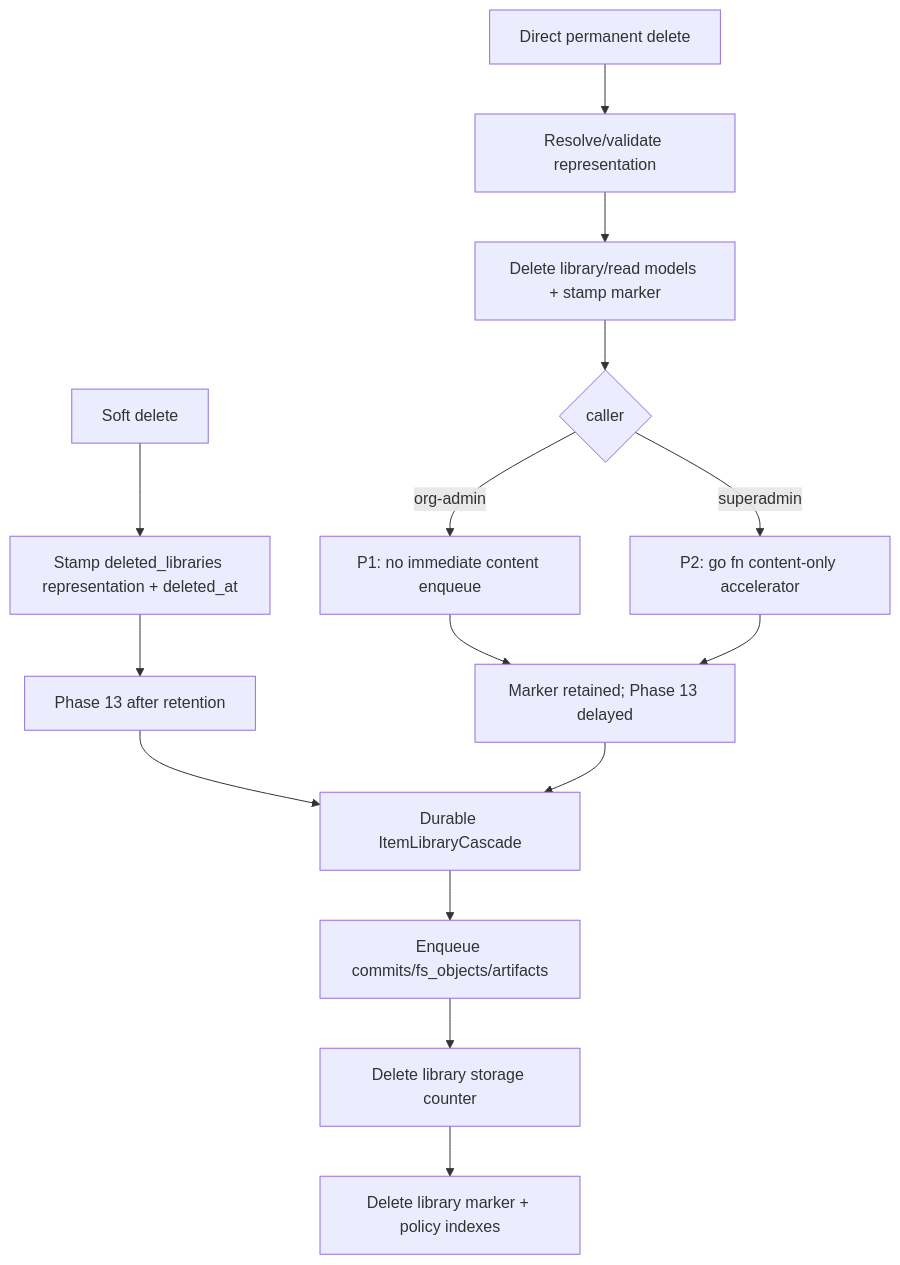
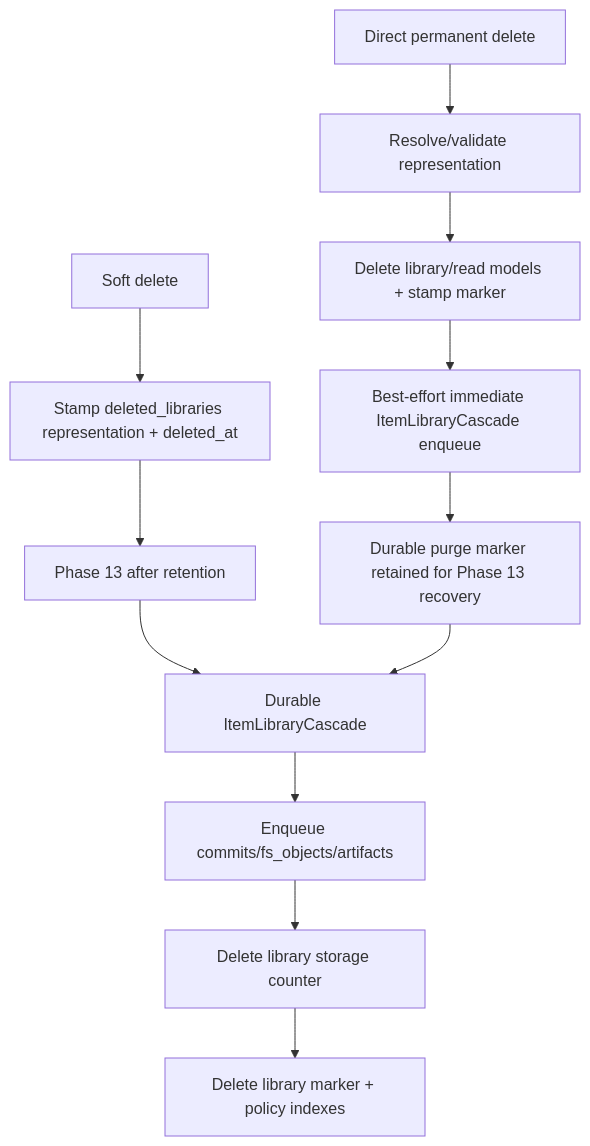
The fourth of 5 diagrams in docs/diagrams/gc-flow.md (Sesame-Disk/cool-storage-api), drawn with Mermaid before and after one commit. The commit also changed other lines of this file and 37 other files, not shown here.

````diff
--- a/docs/diagrams/gc-flow.md
+++ b/docs/diagrams/gc-flow.md
@@ -83,19 +88,16 @@
 ```mermaid
 flowchart TD
     Soft[Soft delete] --> Marker[Stamp deleted_libraries representation + deleted_at]
     Marker --> Retention[Phase 13 after retention]
     Retention --> LibCascade[Durable ItemLibraryCascade]
 
     Permanent[Direct permanent delete] --> Resolve[Resolve/validate representation]
     Resolve --> HardRows[Delete library/read models + stamp marker]
-    HardRows --> Route{caller}
-    Route -->|org-admin| NoImmediate[P1: no immediate content enqueue]
-    Route -->|superadmin| Async[P2: go fn content-only accelerator]
-    NoImmediate --> MarkerRescue[Marker retained; Phase 13 delayed]
-    Async --> MarkerRescue
+    HardRows --> Immediate[Best-effort immediate ItemLibraryCascade enqueue]
+    Immediate --> MarkerRescue[Durable purge marker retained for Phase 13 recovery]
     MarkerRescue --> LibCascade
 
     LibCascade --> Enumerate[Enqueue commits/fs_objects/artifacts]
     Enumerate --> Counter[Delete library storage counter]
     Counter --> Final[Delete library marker + policy indexes]
 ```
````
